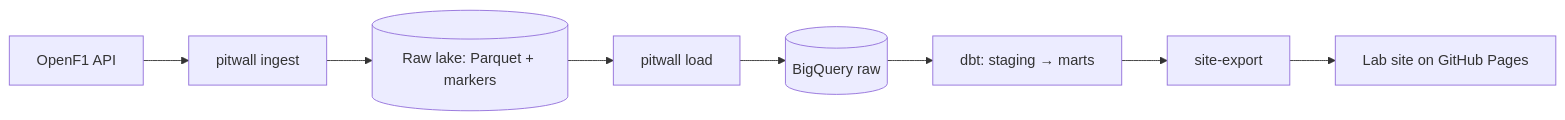
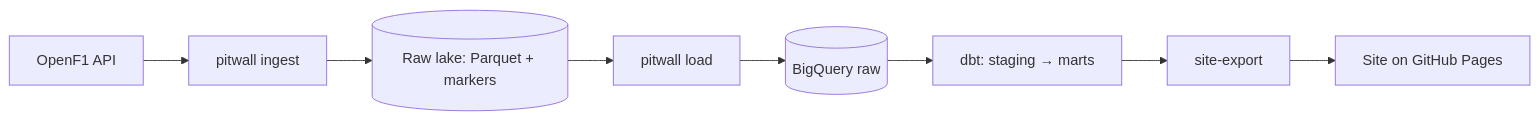
One commit to TomasRipsky/pitwall changed the diagram in README.md. Above: the diagram before and after it, drawn with Mermaid. The commit also changed other lines of this file and 38 other files, not shown here.

````diff
--- a/README.md
+++ b/README.md
@@ -9,5 +9,5 @@
 ```mermaid
 flowchart LR
   api[OpenF1 API] --> ingest[pitwall ingest] --> lake[(Raw lake: Parquet + markers)]
-  lake --> load[pitwall load] --> bq[(BigQuery raw)] --> dbt[dbt: staging → marts] --> export[site-export] --> site[Lab site on GitHub Pages]
+  lake --> load[pitwall load] --> bq[(BigQuery raw)] --> dbt[dbt: staging → marts] --> export[site-export] --> site[Site on GitHub Pages]
 ```
````
